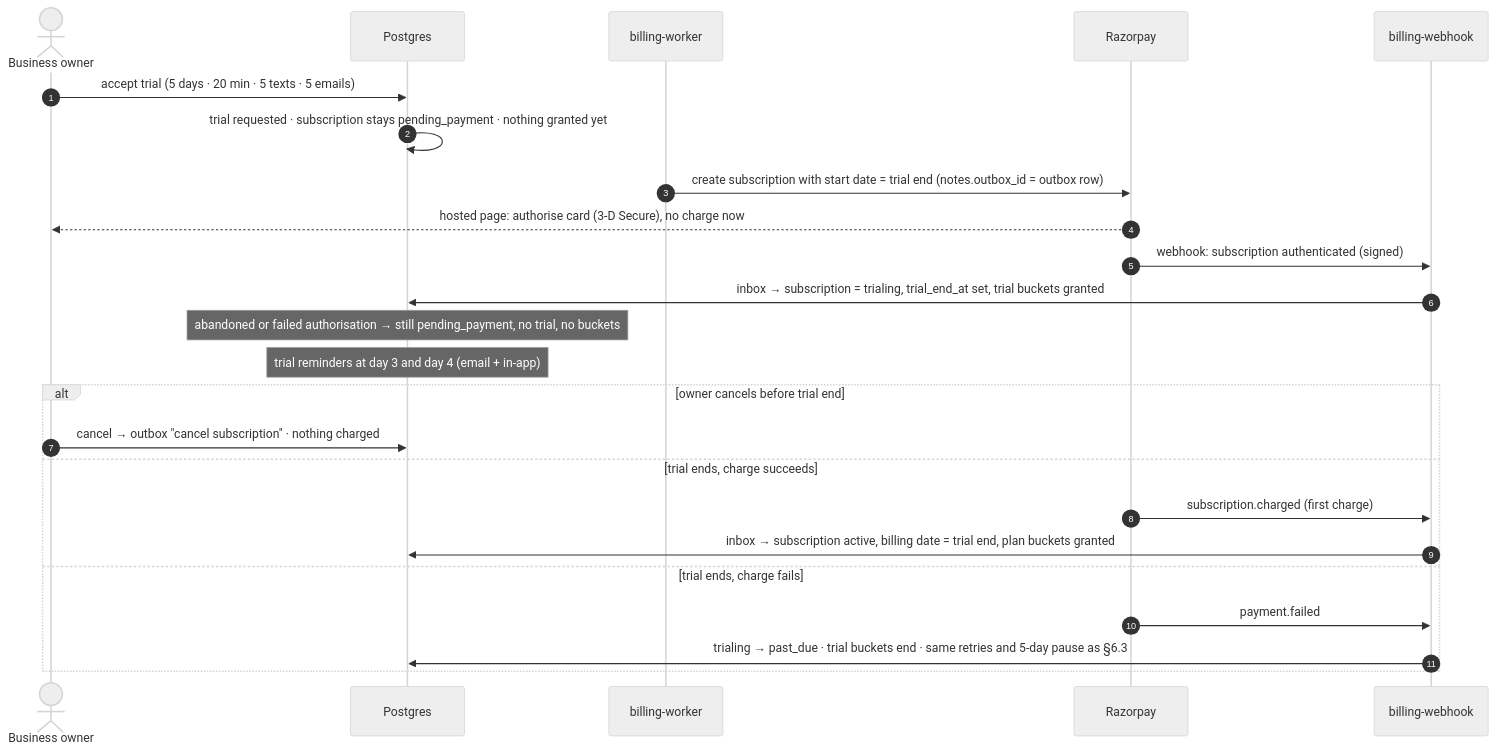
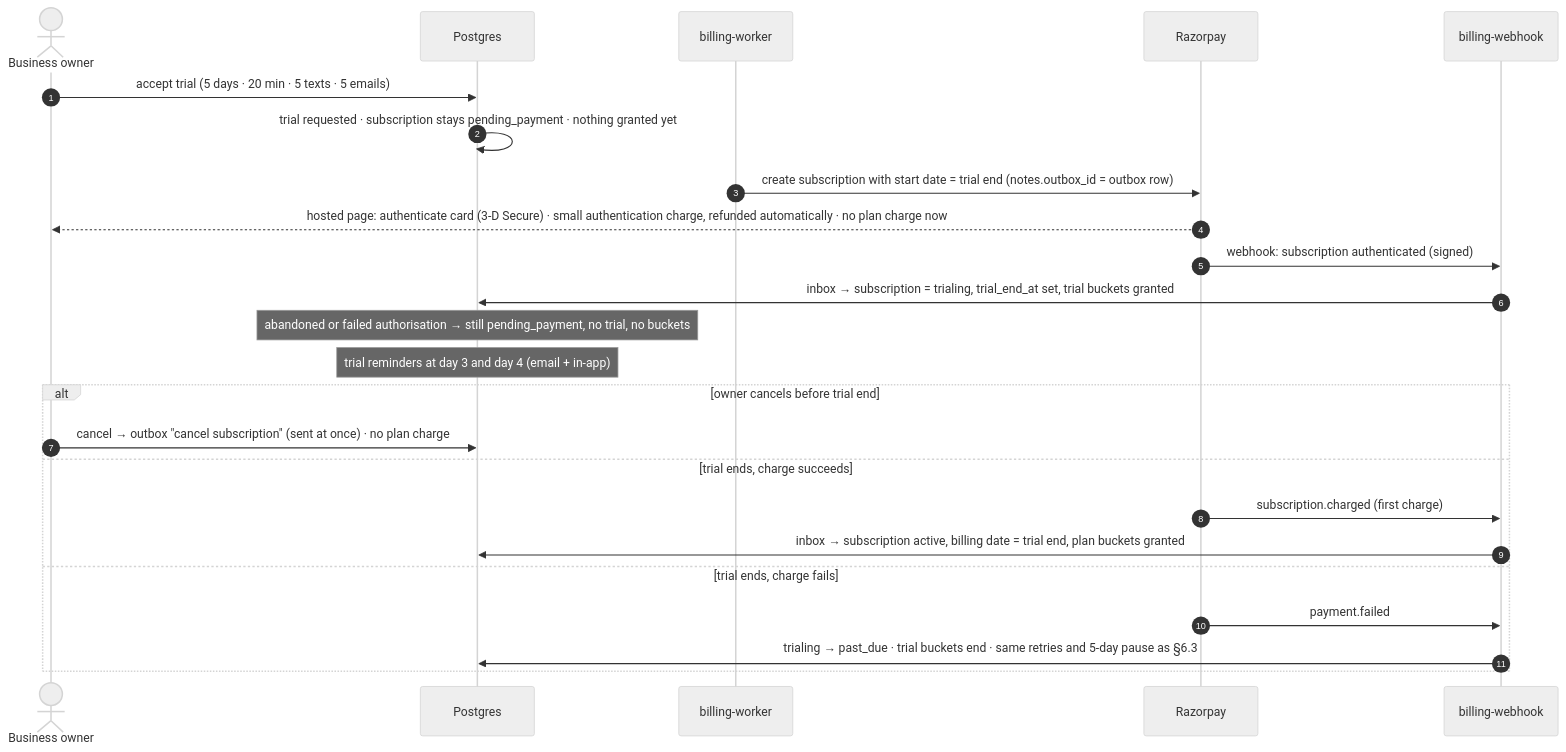
One commit to singhdhruv525-source/Zella-AI changed the fifth of 16 diagrams in docs/PAYMENTS_ARCHITECTURE.md. Above: the diagram before and after it, drawn with Mermaid (neutral theme). The commit also changed other lines of this file, not shown here.

First line of the commit message:
Docs: cancellation cut-off and locking, late cancels, cancelled webhook timing, trial charge wording

````diff
--- a/docs/PAYMENTS_ARCHITECTURE.md
+++ b/docs/PAYMENTS_ARCHITECTURE.md
@@ -243,27 +243,27 @@
 ```mermaid
 sequenceDiagram
   autonumber
   actor BO as Business owner
   participant DB as Postgres
   participant WK as billing-worker
   participant RZ as Razorpay
   participant WH as billing-webhook
 
   BO->>DB: accept trial (5 days · 20 min · 5 texts · 5 emails)
   DB->>DB: trial requested · subscription stays pending_payment · nothing granted yet
   WK->>RZ: create subscription with start date = trial end (notes.outbox_id = outbox row)
-  RZ-->>BO: hosted page: authorise card (3-D Secure), no charge now
+  RZ-->>BO: hosted page: authenticate card (3-D Secure) · small authentication charge, refunded automatically · no plan charge now
   RZ->>WH: webhook: subscription authenticated (signed)
   WH->>DB: inbox → subscription = trialing, trial_end_at set, trial buckets granted
   Note over DB: abandoned or failed authorisation → still pending_payment, no trial, no buckets
   Note over DB: trial reminders at day 3 and day 4 (email + in-app)
   alt owner cancels before trial end
-    BO->>DB: cancel → outbox "cancel subscription" · nothing charged
+    BO->>DB: cancel → outbox "cancel subscription" (sent at once) · no plan charge
   else trial ends, charge succeeds
     RZ->>WH: subscription.charged (first charge)
     WH->>DB: inbox → subscription active, billing date = trial end, plan buckets granted
   else trial ends, charge fails
     RZ->>WH: payment.failed
     WH->>DB: trialing → past_due · trial buckets end · same retries and 5-day pause as §6.3
   end
 ```
````
